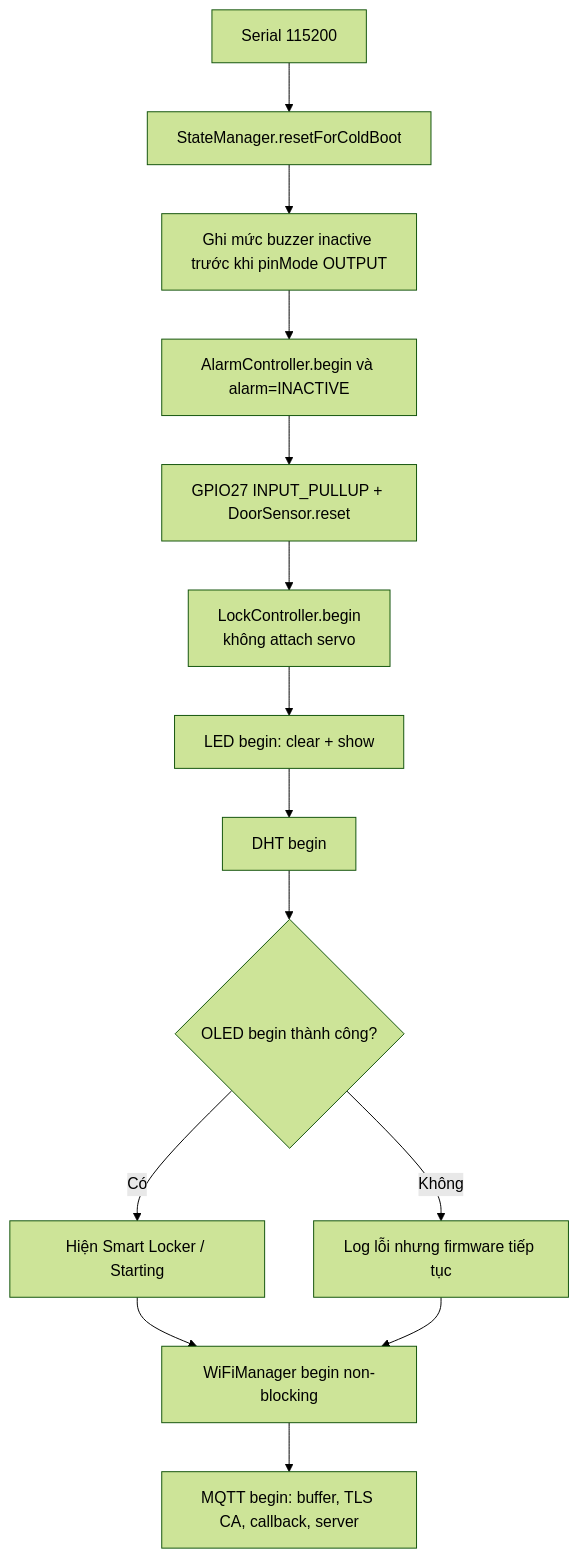
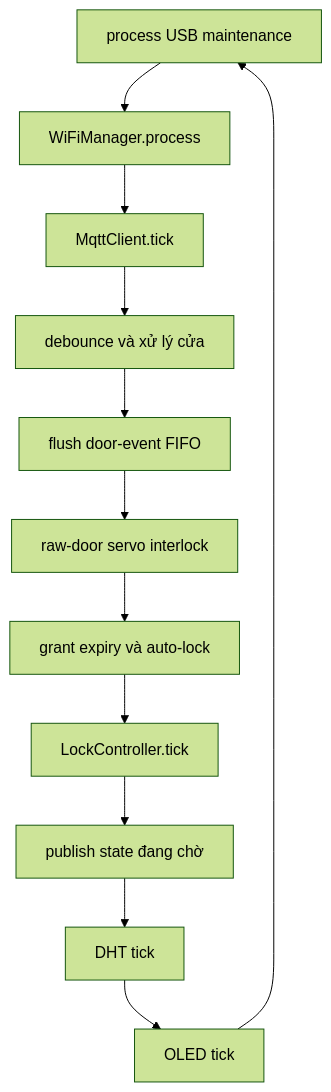
One commit to ThaiQuangHuy2906/smart-privacy-locker changed the sixth of 28 diagrams in ON_TAP_VAN_DAP_CHI_TIET.md. Above: the diagram before and after it, drawn with Mermaid (forest theme). The commit also changed other lines of this file and 25 other files, not shown here.

````diff
--- a/ON_TAP_VAN_DAP_CHI_TIET.md
+++ b/ON_TAP_VAN_DAP_CHI_TIET.md
@@ -507,16 +289,14 @@
 ```mermaid
 flowchart TD
-    A["Serial 115200"] --> B["StateManager.resetForColdBoot"]
-    B --> C["Ghi mức buzzer inactive trước khi pinMode OUTPUT"]
-    C --> D["AlarmController.begin và alarm=INACTIVE"]
-    D --> E["GPIO27 INPUT_PULLUP + DoorSensor.reset"]
-    E --> F["LockController.begin<br/>không attach servo"]
-    F --> G["LED begin: clear + show"]
-    G --> H["DHT begin"]
-    H --> I{"OLED begin thành công?"}
-    I -->|"Có"| J["Hiện Smart Locker / Starting"]
-    I -->|"Không"| K["Log lỗi nhưng firmware tiếp tục"]
-    J --> L["WiFiManager begin non-blocking"]
-    K --> L
-    L --> M["MQTT begin: buffer, TLS CA, callback, server"]
+    A["process USB maintenance"] --> B["WiFiManager.process"]
+    B --> C["MqttClient.tick"]
+    C --> D["debounce và xử lý cửa"]
+    D --> E["flush door-event FIFO"]
+    E --> F["raw-door servo interlock"]
+    F --> G["grant expiry và auto-lock"]
+    G --> H["LockController.tick"]
+    H --> I["publish state đang chờ"]
+    I --> J["DHT tick"]
+    J --> K["OLED tick"]
+    K --> A
 ```
````
